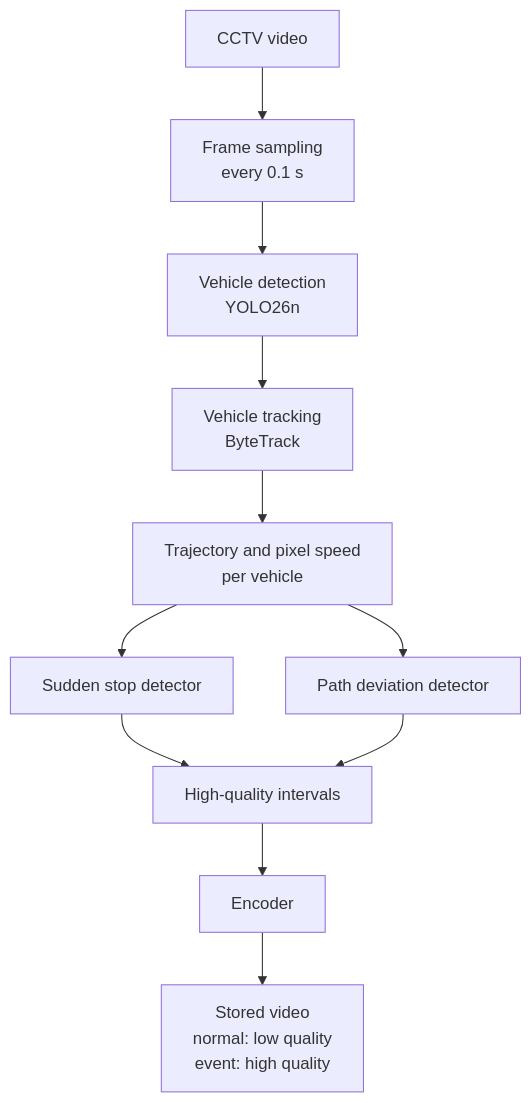
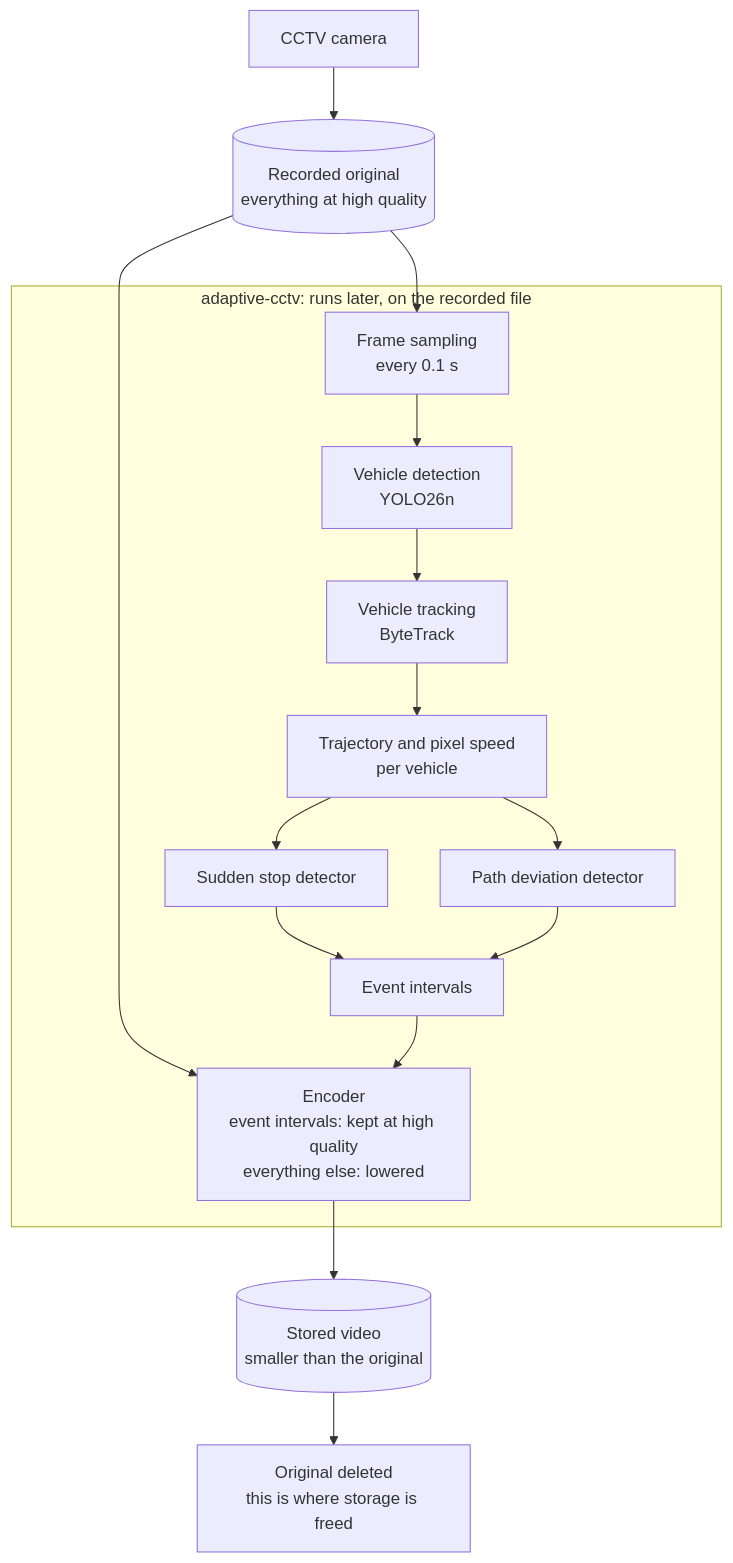
The diagram in README.md (juyoungggg/adaptive-cctv), drawn with Mermaid before and after one commit. The commit also changed other lines of this file, not shown here.

Commit message:
docs(readme): add recorded original and deletion steps to the flowchart

````diff
--- a/README.md
+++ b/README.md
@@ -14,13 +14,18 @@
 ```mermaid
 flowchart TD
-  A[CCTV video] --> B[Frame sampling<br/>every 0.1 s]
-  B --> C[Vehicle detection<br/>YOLO26n]
-  C --> D[Vehicle tracking<br/>ByteTrack]
-  D --> E[Trajectory and pixel speed<br/>per vehicle]
-  E --> F[Sudden stop detector]
-  E --> G[Path deviation detector]
-  F --> H[High-quality intervals]
-  G --> H
-  H --> I[Encoder]
-  I --> J[Stored video<br/>normal: low quality<br/>event: high quality]
+  CAM[CCTV camera] --> ORIG[(Recorded original<br/>everything at high quality)]
+  ORIG --> B
+  ORIG --> I
+  subgraph PP["adaptive-cctv: runs later, on the recorded file"]
+    B[Frame sampling<br/>every 0.1 s] --> C[Vehicle detection<br/>YOLO26n]
+    C --> D[Vehicle tracking<br/>ByteTrack]
+    D --> E[Trajectory and pixel speed<br/>per vehicle]
+    E --> F[Sudden stop detector]
+    E --> G[Path deviation detector]
+    F --> H[Event intervals]
+    G --> H
+    H --> I[Encoder<br/>event intervals: kept at high quality<br/>everything else: lowered]
+  end
+  I --> NEW[(Stored video<br/>smaller than the original)]
+  NEW --> DEL[Original deleted<br/>this is where storage is freed]
 ```
````
